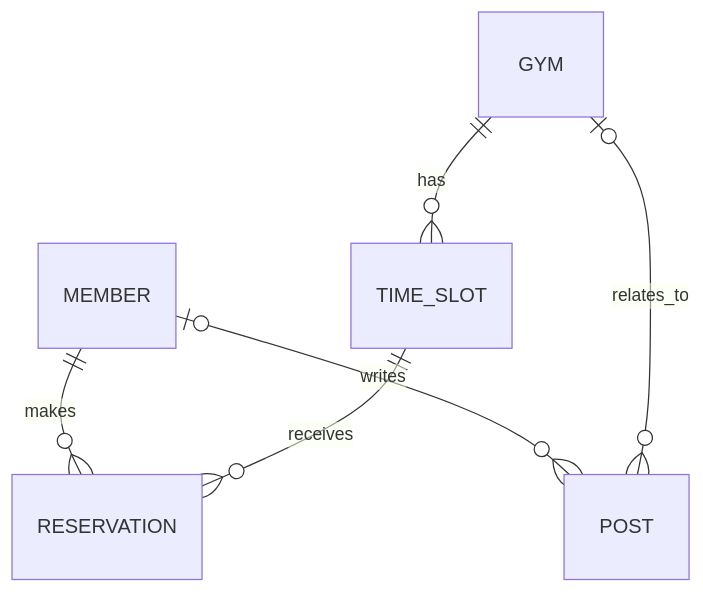
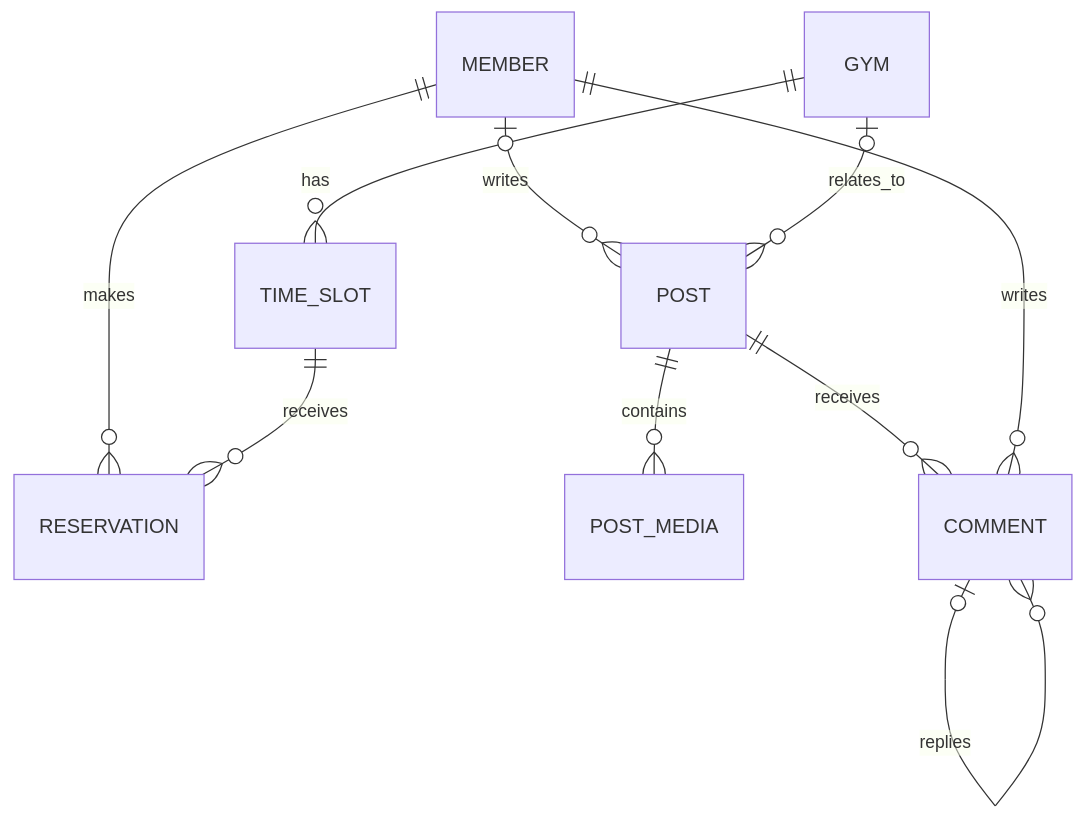
Before and after one commit to icoo08217/climber_Hub: the second of 2 diagrams in 토이프로젝트_저장소/Project_info.md, drawn with Mermaid. The commit also changed other lines of this file and 35 other files, not shown here.

````diff
--- a/토이프로젝트_저장소/Project_info.md
+++ b/토이프로젝트_저장소/Project_info.md
@@ -118,8 +124,12 @@
 ```mermaid
 erDiagram
     MEMBER ||--o{ RESERVATION : makes
     GYM ||--o{ TIME_SLOT : has
     TIME_SLOT ||--o{ RESERVATION : receives
     MEMBER o|--o{ POST : writes
     GYM o|--o{ POST : relates_to
+    POST ||--o{ POST_MEDIA : contains
+    POST ||--o{ COMMENT : receives
+    MEMBER ||--o{ COMMENT : writes
+    COMMENT o|--o{ COMMENT : replies
 ```
````
